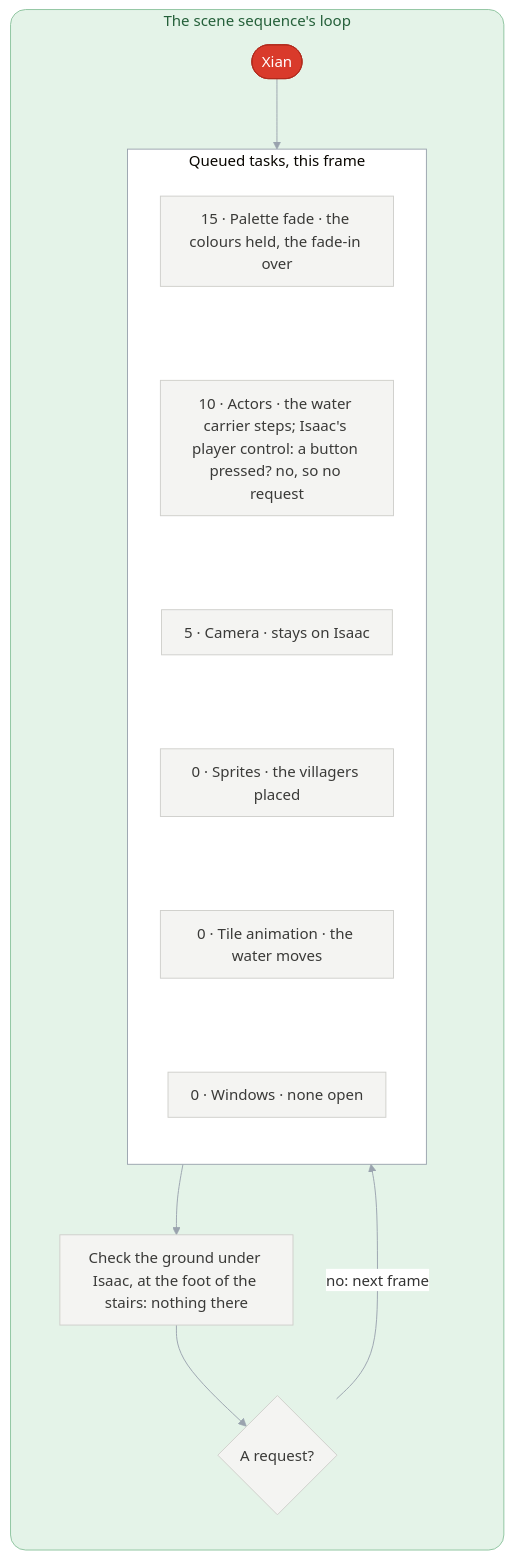
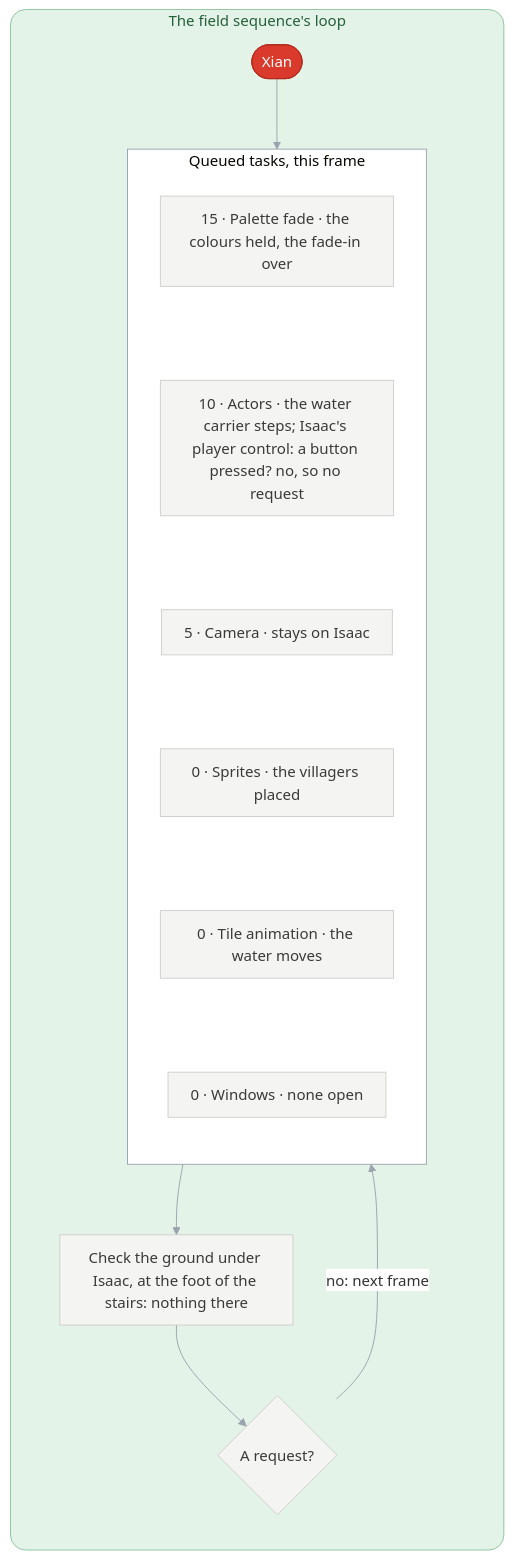
The eighth of 9 diagrams in games/tbs/README.md (PascalPixel/alchemy), drawn with Mermaid before and after one commit. The commit also changed other lines of this file and 72 other files, not shown here.

First line of the commit message:
FieldSequence_Run: the field sequence, from the credits' Field division

````diff
--- a/games/tbs/README.md
+++ b/games/tbs/README.md
@@ -368,28 +368,28 @@
 ```mermaid
 %%{init: {"theme": "base", "themeVariables": {"lineColor": "#9AA3AE", "edgeLabelBackground": "#FFFFFF"}, "flowchart": {"curve": "basis", "padding": 12}}}%%
 flowchart TD
-  subgraph mgr ["The scene sequence's loop"]
+  subgraph mgr ["The field sequence's loop"]
     direction TB
     xian(["Xian"]) --> queue
     subgraph queue ["Queued tasks, this frame"]
       direction TB
       t1["15 · Palette fade · the colours held, the fade-in over"] ~~~ t2["10 · Actors · the water carrier steps; Isaac's player control: a button pressed? no, so no request"]
       t2 ~~~ t3["5 · Camera · stays on Isaac"] ~~~ t4["0 · Sprites · the villagers placed"]
       t4 ~~~ t5["0 · Tile animation · the water moves"] ~~~ t6["0 · Windows · none open"]
     end
     queue --> ground["Check the ground under Isaac, at the foot of the stairs: nothing there"]
     ground --> check{"A request?"}
     check -->|"no: next frame"| queue
   end
   classDef sequenceParent fill:#DDE3EC,stroke:#8FA0B8,color:#2E3C50
-  classDef sceneSequence fill:#D2EEF3,stroke:#7FC3D0,color:#1E5966
+  classDef fieldSequence fill:#D2EEF3,stroke:#7FC3D0,color:#1E5966
   classDef battle fill:#F6D5D2,stroke:#D9928B,color:#8A2A22
   classDef sceneLoop fill:#D3EBD9,stroke:#8DC49E,color:#25603A
   classDef request fill:#FBE7C6,stroke:#E0B46A,color:#7A5212
   classDef place fill:#D93A2B,stroke:#B02A1D,color:#FFFFFF
   classDef step fill:#F4F4F2,stroke:#CFCFCB,color:#3A3A38
   class xian place
   class t1,t2,t3,t4,t5,t6,ground,check step
   style mgr fill:#E4F3E8,stroke:#8DC49E,color:#25603A,rx:16,ry:16
   style queue fill:#FFFFFF,stroke:#9AA3AE
 ```
````
